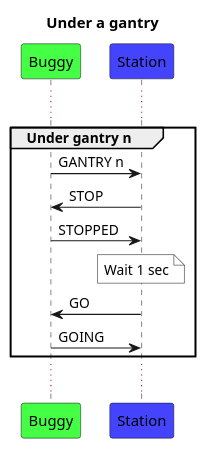
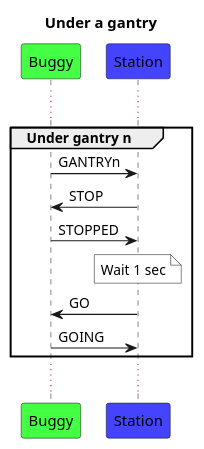
The diagram in doc/Sequence diagrams/Under gantry.puml (RobT00/BuggyDesignProjectTCD), drawn with PlantUML before and after one commit. The commit also changed 8 other files, not shown here.

```diff
--- a/doc/Sequence diagrams/Under gantry.puml
+++ b/doc/Sequence diagrams/Under gantry.puml
@@ -1,15 +1,15 @@
 @startuml
 title Under a gantry
 participant Buggy as b #4f4
 participant Station as s #44f
 ...
 group Under gantry n
-    s<-b: GANTRY n
+    s<-b: GANTRYn
     s->b: STOP
     s<-b: STOPPED
     note over s #fff: Wait 1 sec
     s->b: GO
     s<-b: GOING
 end
 ...
 @enduml
```
